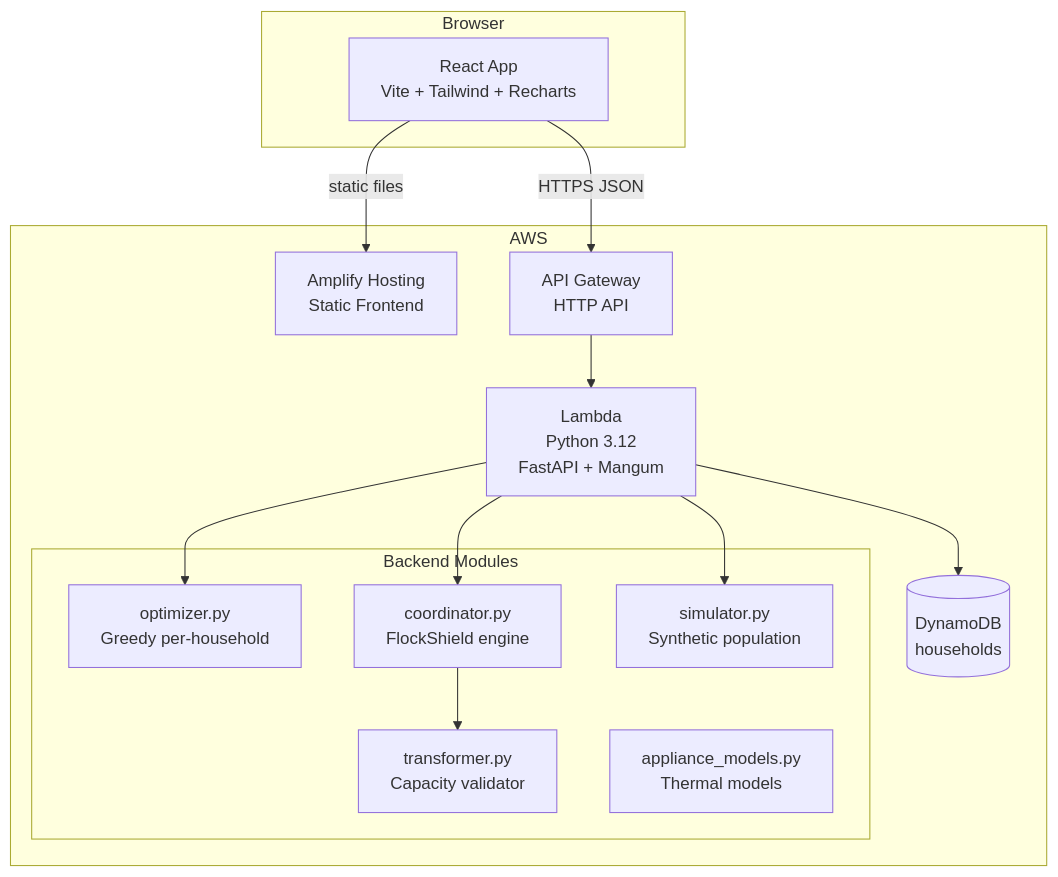
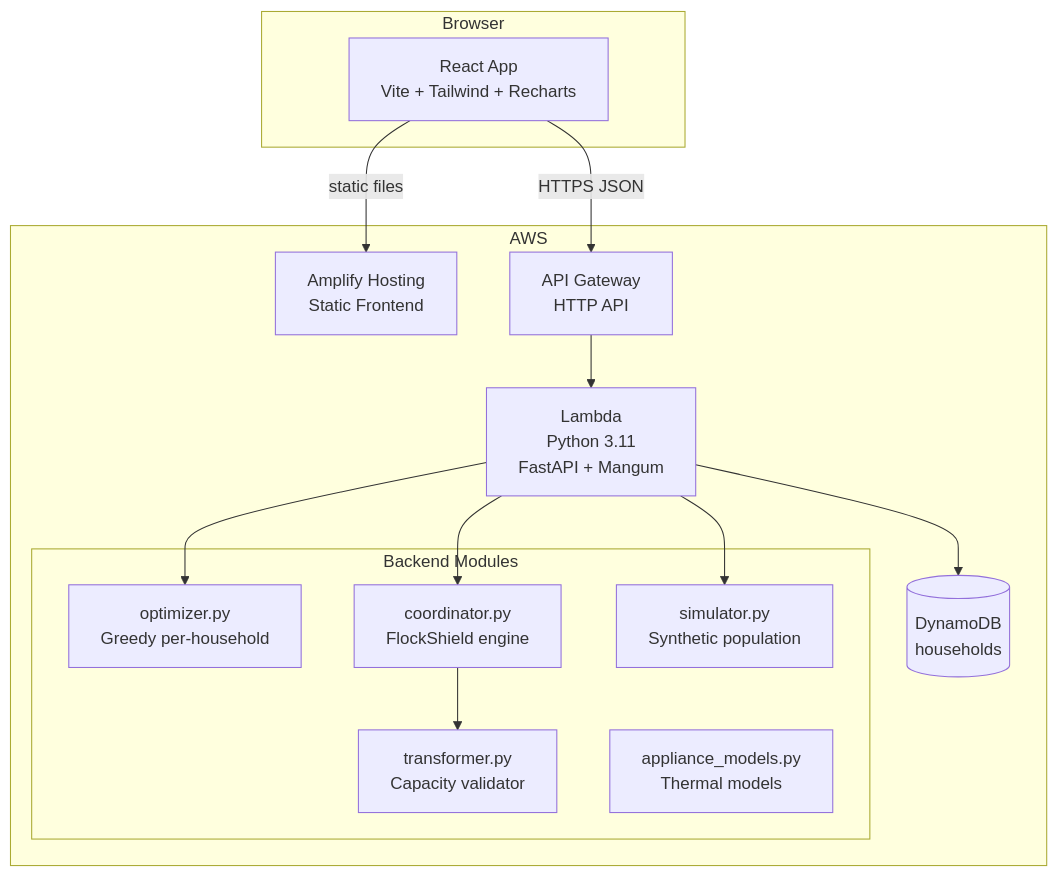
The diagram in README.md (abhishekKokadwar/samayUrja), drawn with Mermaid before and after one commit. The commit also changed other lines of this file and 4 other files, not shown here.

````diff
--- a/README.md
+++ b/README.md
@@ -71,30 +71,30 @@
 ```mermaid
 flowchart TB
     subgraph Browser
         U[React App<br/>Vite + Tailwind + Recharts]
     end
 
     subgraph AWS
         A[Amplify Hosting<br/>Static Frontend]
         G[API Gateway<br/>HTTP API]
-        L[Lambda<br/>Python 3.12<br/>FastAPI + Mangum]
+        L[Lambda<br/>Python 3.11<br/>FastAPI + Mangum]
         D[(DynamoDB<br/>households)]
 
         subgraph Backend Modules
             OPT[optimizer.py<br/>Greedy per-household]
             COORD[coordinator.py<br/>FlockShield engine]
             SIM[simulator.py<br/>Synthetic population]
             XFMR[transformer.py<br/>Capacity validator]
             APP[appliance_models.py<br/>Thermal models]
         end
     end
 
     U -->|HTTPS JSON| G
     G --> L
     L --> OPT
     L --> COORD
     L --> SIM
     COORD --> XFMR
     L --> D
     U -->|static files| A
 ```
````
